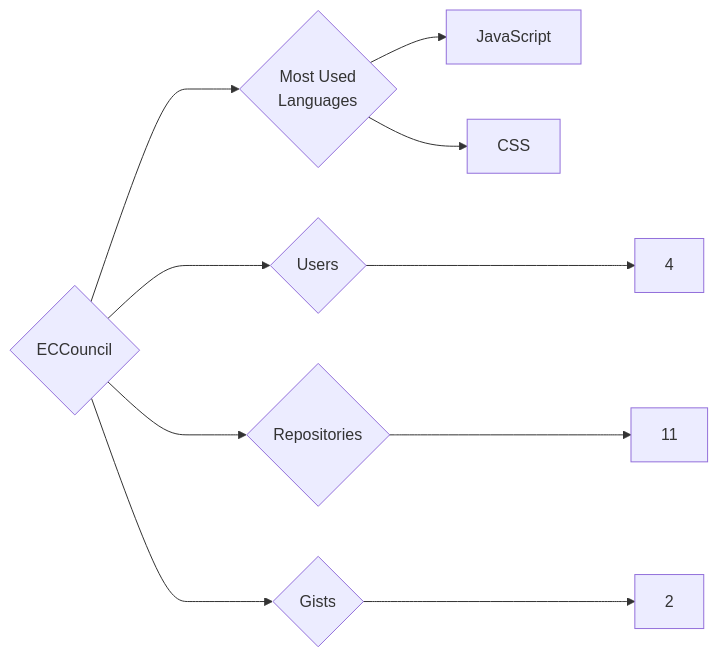
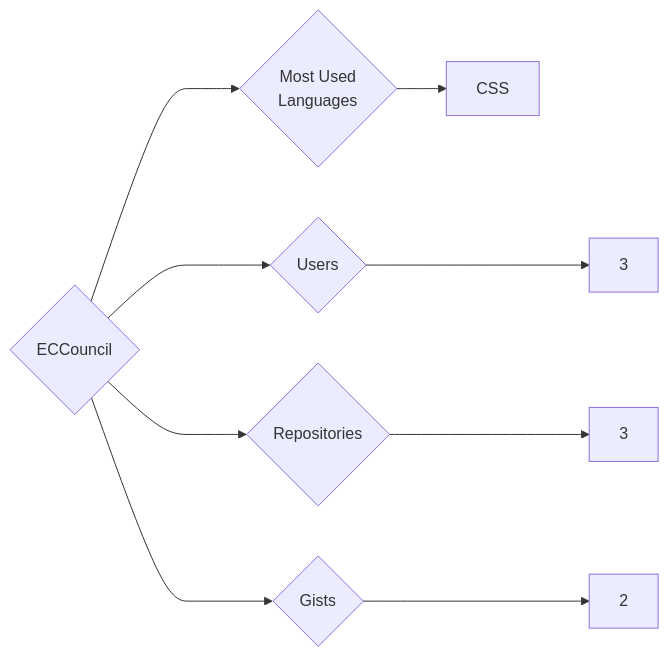
Before and after one commit to trickest/insiders: the diagram in targets/ECCouncil/README.md, drawn with Mermaid. The commit also changed 1078 other files, not shown here.

````diff
--- a/targets/ECCouncil/README.md
+++ b/targets/ECCouncil/README.md
@@ -3,10 +3,9 @@
 ```mermaid
 graph LR
 COMPANY_NAME{ECCouncil}
-COMPANY_NAME ---> U{Users} ---> UN[4]
-COMPANY_NAME ---> R{Repositories} ---> RN[11]
+COMPANY_NAME ---> U{Users} ---> UN[3]
+COMPANY_NAME ---> R{Repositories} ---> RN[3]
 COMPANY_NAME ---> G{Gists} ---> GN[2]
 COMPANY_NAME ---> ML{Most Used<br>Languages}
-ML --> JavaScript[JavaScript]
 ML --> CSS[CSS]
 ```
````
